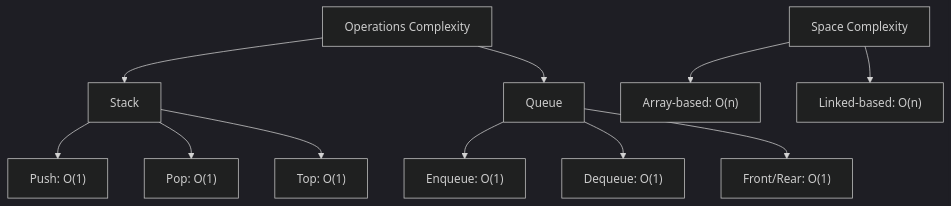
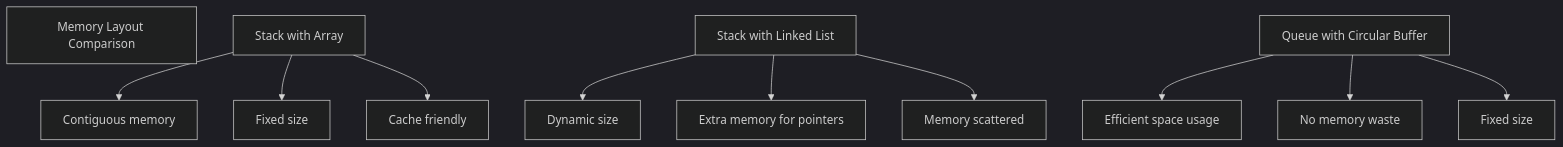
One commit to khieu-dv/vievlog changed the third of 3 diagrams in src/content/soft-skills/dsa/bai-5.mdx. Above: the diagram before and after it, drawn with Mermaid (dark theme). The commit also changed other lines of this file and 8 other files, not shown here.

````diff
--- a/src/content/soft-skills/dsa/bai-5.mdx
+++ b/src/content/soft-skills/dsa/bai-5.mdx
@@ -493,16 +320,19 @@
 ```mermaid
-graph TD
-    A[Operations Complexity] --> B[Stack]
-    A --> C[Queue]
-
-    B --> D["Push: O(1)"]
-    B --> E["Pop: O(1)"]
-    B --> F["Top: O(1)"]
-
-    C --> G["Enqueue: O(1)"]
-    C --> H["Dequeue: O(1)"]
-    C --> I["Front/Rear: O(1)"]
-
-    J[Space Complexity] --> K["Array-based: O(n)"]
-    J --> L["Linked-based: O(n)"]
+graph TB
+    A[Memory Layout Comparison] 
+    
+    B[Stack with Array]
+    B --> C[Contiguous memory]
+    B --> D[Fixed size]
+    B --> E[Cache friendly]
+    
+    F[Stack with Linked List]
+    F --> G[Dynamic size]
+    F --> H[Extra memory for pointers]
+    F --> I[Memory scattered]
+    
+    J[Queue with Circular Buffer]
+    J --> K[Efficient space usage]
+    J --> L[No memory waste]
+    J --> M[Fixed size]
 ```
````
